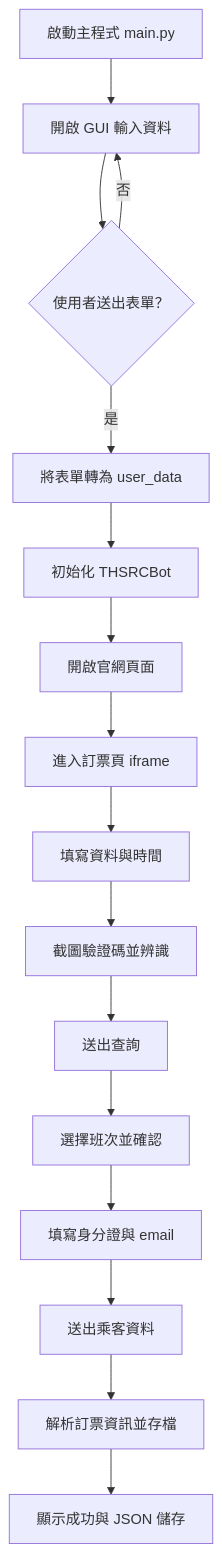
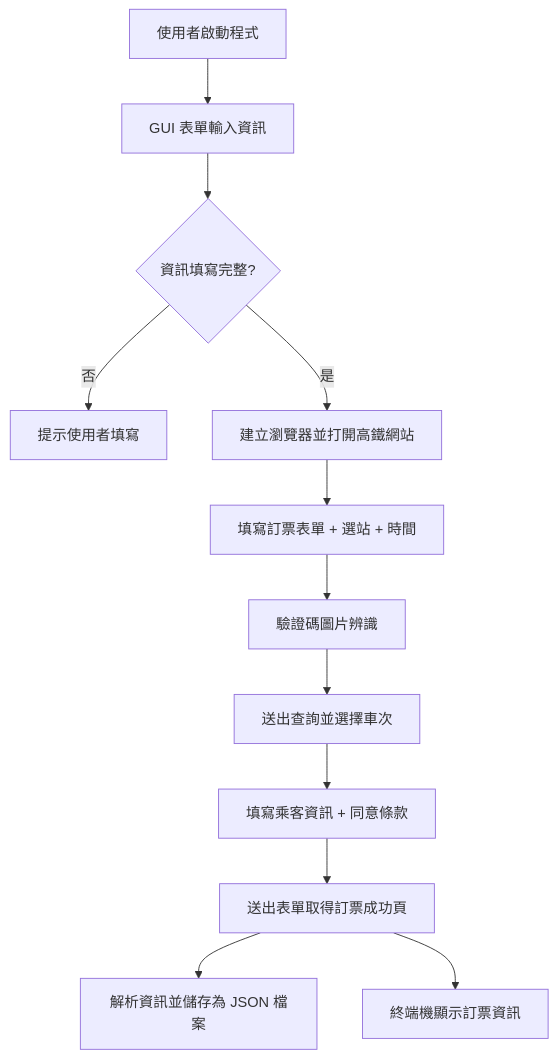
The diagram in README.md (bheadwei/Project_THSR), drawn with Mermaid before and after one commit. The commit also changed other lines of this file and 26 other files, not shown here.

````diff
--- a/README.md
+++ b/README.md
@@ -75,18 +74,14 @@
 ```mermaid
-flowchart TD
-    A[啟動主程式 main.py] --> B[開啟 GUI 輸入資料]
-    B --> C{使用者送出表單？}
-    C -- 否 --> B
-    C -- 是 --> D[將表單轉為 user_data]
-    D --> E[初始化 THSRCBot]
-    E --> F[開啟官網頁面]
-    F --> G[進入訂票頁 iframe]
-    G --> H[填寫資料與時間]
-    H --> I[截圖驗證碼並辨識]
-    I --> J[送出查詢]
-    J --> K[選擇班次並確認]
-    K --> L[填寫身分證與 email]
-    L --> M[送出乘客資料]
-    M --> N[解析訂票資訊並存檔]
-    N --> O[顯示成功與 JSON 儲存]
+graph TD
+    A[使用者啟動程式] --> B[GUI 表單輸入資訊]
+    B --> C{資訊填寫完整?}
+    C -- 否 --> D[提示使用者填寫]
+    C -- 是 --> E[建立瀏覽器並打開高鐵網站]
+    E --> F[填寫訂票表單 + 選站 + 時間]
+    F --> G[驗證碼圖片辨識]
+    G --> H[送出查詢並選擇車次]
+    H --> I[填寫乘客資訊 + 同意條款]
+    I --> J[送出表單取得訂票成功頁]
+    J --> K[解析資訊並儲存為 JSON 檔案]
+    J --> L[終端機顯示訂票資訊]
 ```
````
